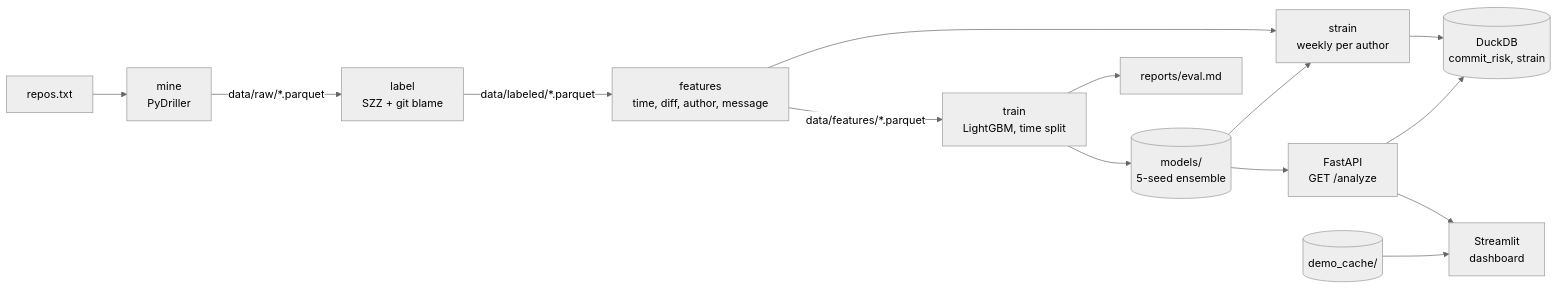
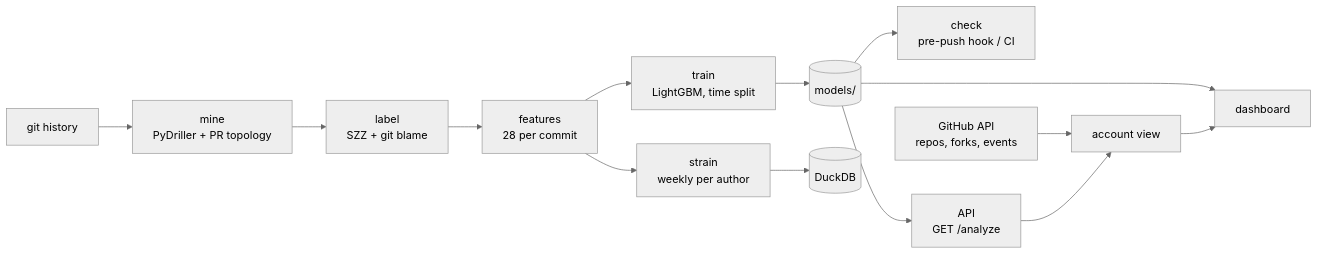
The diagram in README.md (Iamshi-vissa/CommitRad), drawn with Mermaid (neutral theme) before and after one commit. The commit also changed other lines of this file and 6 other files, not shown here.

Commit message:
Dashboard: GitHub account and pre-push views; README repositioned

````diff
--- a/README.md
+++ b/README.md
@@ -45,16 +94,15 @@
 ```mermaid
 flowchart LR
-    R[repos.txt] --> M[mine<br/>PyDriller]
-    M -->|data/raw/*.parquet| L[label<br/>SZZ + git blame]
-    L -->|data/labeled/*.parquet| F[features<br/>time, diff, author, message]
-    F -->|data/features/*.parquet| T[train<br/>LightGBM, time split]
-    T --> MD[(models/<br/>5-seed ensemble)]
-    T --> EV[reports/eval.md]
-    F --> S[strain<br/>weekly per author]
-    MD --> S
-    S --> DB[(DuckDB<br/>commit_risk, strain)]
-    MD --> API[FastAPI<br/>GET /analyze]
-    API --> DB
-    API --> D[Streamlit<br/>dashboard]
-    DC[(demo_cache/)] --> D
+    G[git history] --> M[mine<br/>PyDriller + PR topology]
+    M --> L[label<br/>SZZ + git blame]
+    L --> F[features<br/>28 per commit]
+    F --> T[train<br/>LightGBM, time split]
+    T --> MD[(models/)]
+    MD --> CK[check<br/>pre-push hook / CI]
+    MD --> API[API<br/>GET /analyze]
+    MD --> D[dashboard]
+    GH[GitHub API<br/>repos, forks, events] --> AC[account view]
+    API --> AC
+    AC --> D
+    F --> S[strain<br/>weekly per author] --> DB[(DuckDB)]
 ```
````
